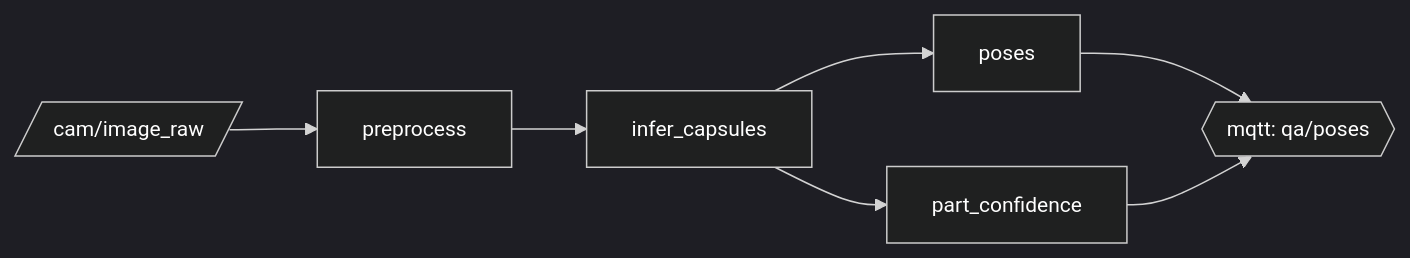
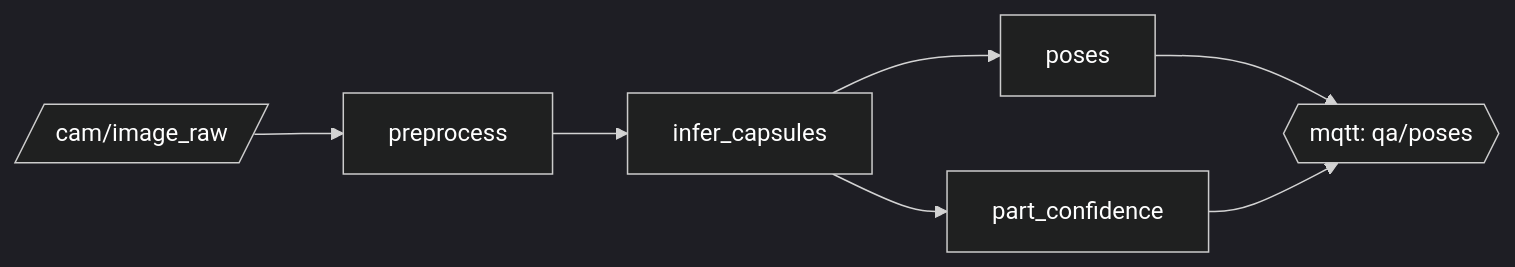
The second of 6 diagrams in architecture/system_A_FactoryQA/architecture_diagrams.md (aurelius-in/RoboCaps), drawn with Mermaid before and after one commit. The commit also changed other lines of this file and 2 other files, not shown here.

Commit message:
arch: deepen docs with C4/ER/state diagrams and narratives (high-contrast)

````diff
--- a/architecture/system_A_FactoryQA/architecture_diagrams.md
+++ b/architecture/system_A_FactoryQA/architecture_diagrams.md
@@ -21,10 +23,10 @@
 ```mermaid
-%%{init: { 'theme': 'dark', 'themeVariables': { 'background':'#000', 'primaryTextColor':'#FFF', 'textColor':'#FFF', 'fontSize':'14px' }}}%%
+%%{init: { 'theme': 'dark', 'themeVariables': { 'background':'#000', 'primaryTextColor':'#FFF', 'textColor':'#FFF', 'fontSize':'16px' }}}%%
 flowchart LR
     CAM[/cam/image_raw/] --> PRE[preprocess]
     PRE --> INF[infer_capsules]
     INF --> P[poses]
     INF --> C[part_confidence]
     P --> OUT{{mqtt: qa/poses}}
     C --> OUT
 ```
````
